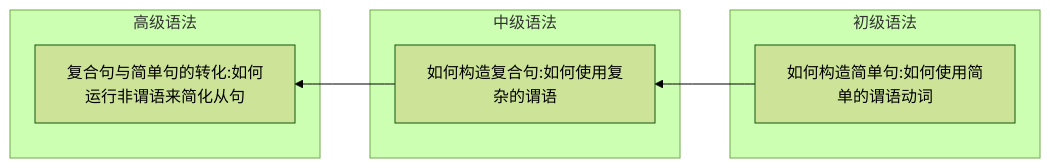
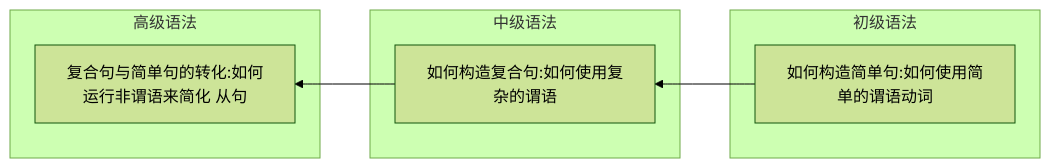
Before and after one commit to liukjx/backblog: the first of 3 diagrams in _posts/English/2022-09-04-英语语法新思维-1-走进语法.md, drawn with Mermaid (forest theme). The commit also changed other lines of this file and 19 other files, not shown here.

````diff
--- a/_posts/English/2022-09-04-英语语法新思维-1-走进语法.md
+++ b/_posts/English/2022-09-04-英语语法新思维-1-走进语法.md
@@ -14,15 +14,15 @@
 ```mermaid
 graph RL;
 subgraph 初级语法
     A
 end
 subgraph 中级语法
     B
 end
 subgraph 高级语法
     C
 end
 
 A[如何构造简单句:如何使用简单的谓语动词]-->B[如何构造复合句:如何使用复杂的谓语];
-B-->C[复合句与简单句的转化:如何运行非谓语来简化从句];
+B-->C[复合句与简单句的转化:如何运行非谓语来简化 从句];
 ```
````
